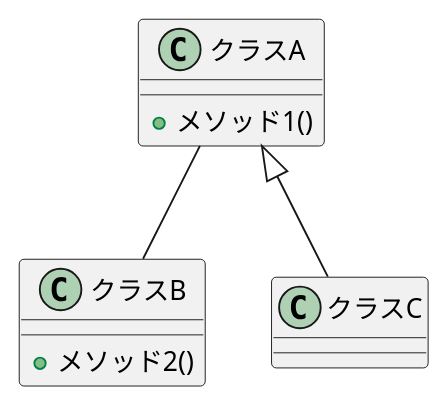
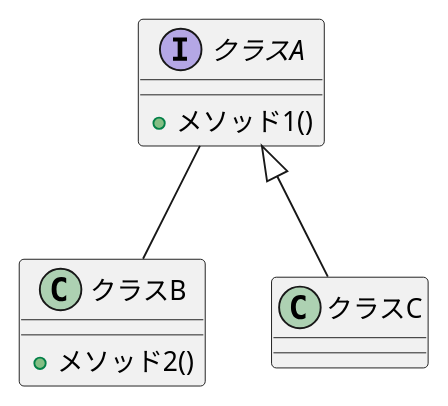
One commit to git4hkr/asciidoc-sample changed the first of 2 diagrams in src/docs/asciidoc/sample.adoc. Above: the diagram before and after it, drawn with PlantUML. The commit also changed other lines of this file, not shown here.

```diff
--- a/src/docs/asciidoc/sample.adoc
+++ b/src/docs/asciidoc/sample.adoc
@@ -10,13 +18,13 @@
 [plantuml, classediagram, png]
 ....
-class "クラスA" {
-  +メソッド1()
+interface "クラスA" {
+	+メソッド1()
 }
 class "クラスB" {
-  +メソッド2()
++メソッド2()
 }
 class "クラスC" {
 }
 "クラスA" -- "クラスB"
 "クラスA" <|-- "クラスC"
 ....
```
